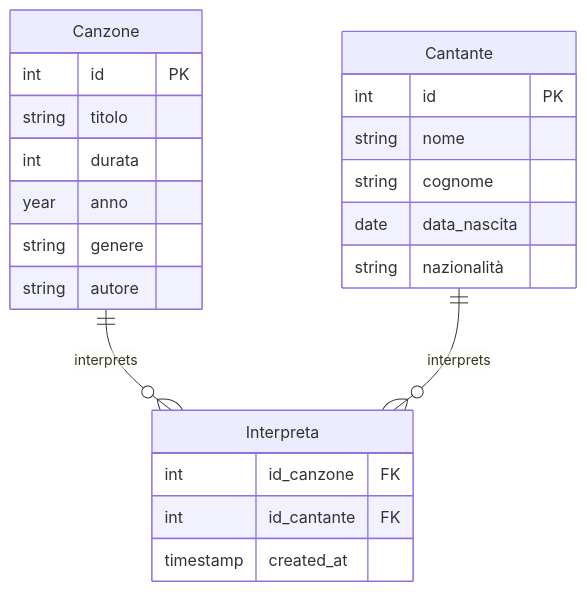
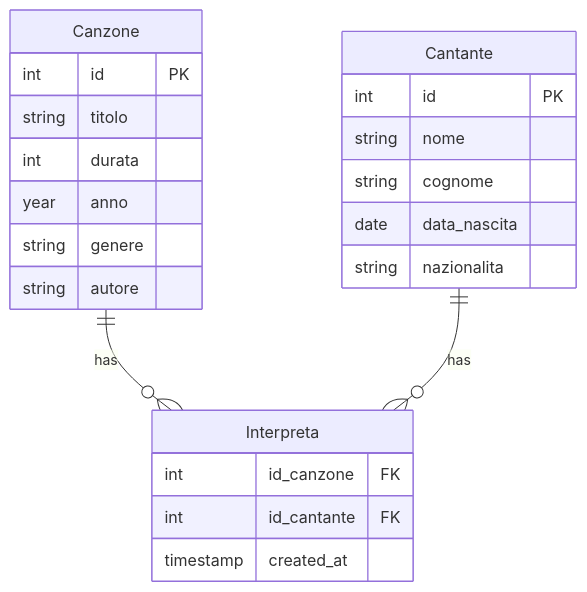
One commit to ComradeWave/JukeBox-MySQL changed the first of 2 diagrams in README.md. Above: the diagram before and after it, drawn with Mermaid.

Commit message:
[fix] fix fr fr

````diff
--- a/README.md
+++ b/README.md
@@ -46,26 +46,25 @@
 ```mermaid
 erDiagram
     Canzone {
         int id PK
         string titolo
         int durata
         year anno
         string genere
         string autore
     }
     Cantante {
         int id PK
         string nome
         string cognome
         date data_nascita
-        string nazionalità
+        string nazionalita
     }
     Interpreta {
         int id_canzone FK
         int id_cantante FK
         timestamp created_at
     }
-    Canzone ||--o{ Interpreta : "interprets"
-    Cantante ||--o{ Interpreta : "interprets"
-
+    Canzone ||--o{ Interpreta : has
+    Cantante ||--o{ Interpreta : has
 ```
````
